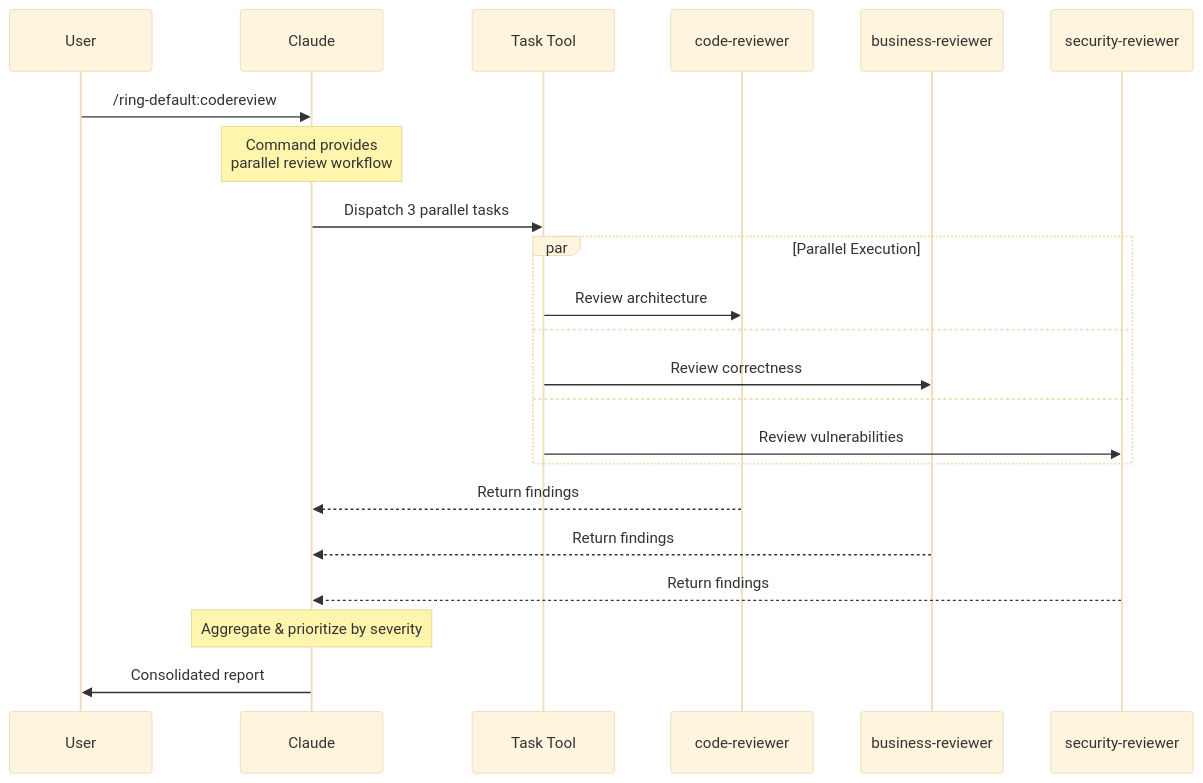
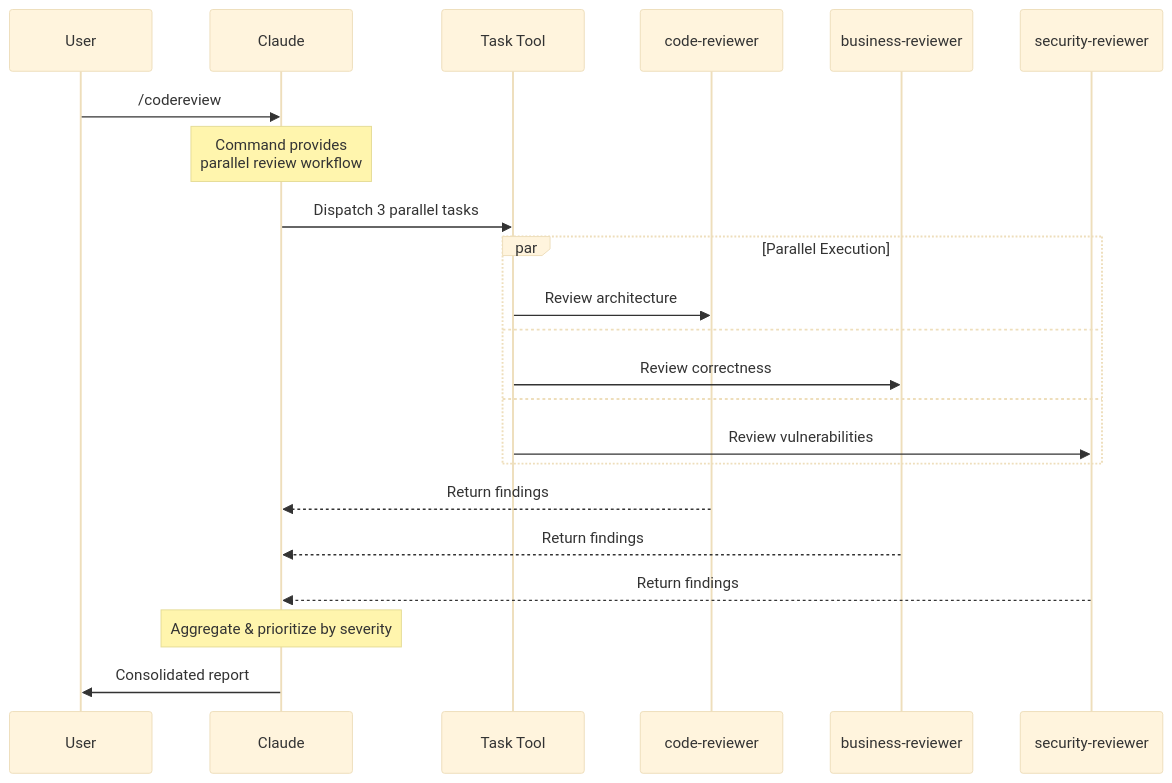
The third of 3 diagrams in ARCHITECTURE.md (alexgarzao/ring), drawn with Mermaid (base theme) before and after one commit. The commit also changed other lines of this file and 166 other files, not shown here.

````diff
--- a/ARCHITECTURE.md
+++ b/ARCHITECTURE.md
@@ -352,29 +352,29 @@
 ```mermaid
 sequenceDiagram
     participant User
     participant Claude
     participant Task Tool
     participant code-reviewer
     participant business-reviewer
     participant security-reviewer
 
-    User->>Claude: /ring-default:codereview
+    User->>Claude: /codereview
     Note over Claude: Command provides<br/>parallel review workflow
 
     Claude->>Task Tool: Dispatch 3 parallel tasks
 
     par Parallel Execution
         Task Tool->>code-reviewer: Review architecture
         and
         Task Tool->>business-reviewer: Review correctness
         and
         Task Tool->>security-reviewer: Review vulnerabilities
     end
 
     code-reviewer-->>Claude: Return findings
     business-reviewer-->>Claude: Return findings
     security-reviewer-->>Claude: Return findings
 
     Note over Claude: Aggregate & prioritize by severity
     Claude->>User: Consolidated report
 ```
````
